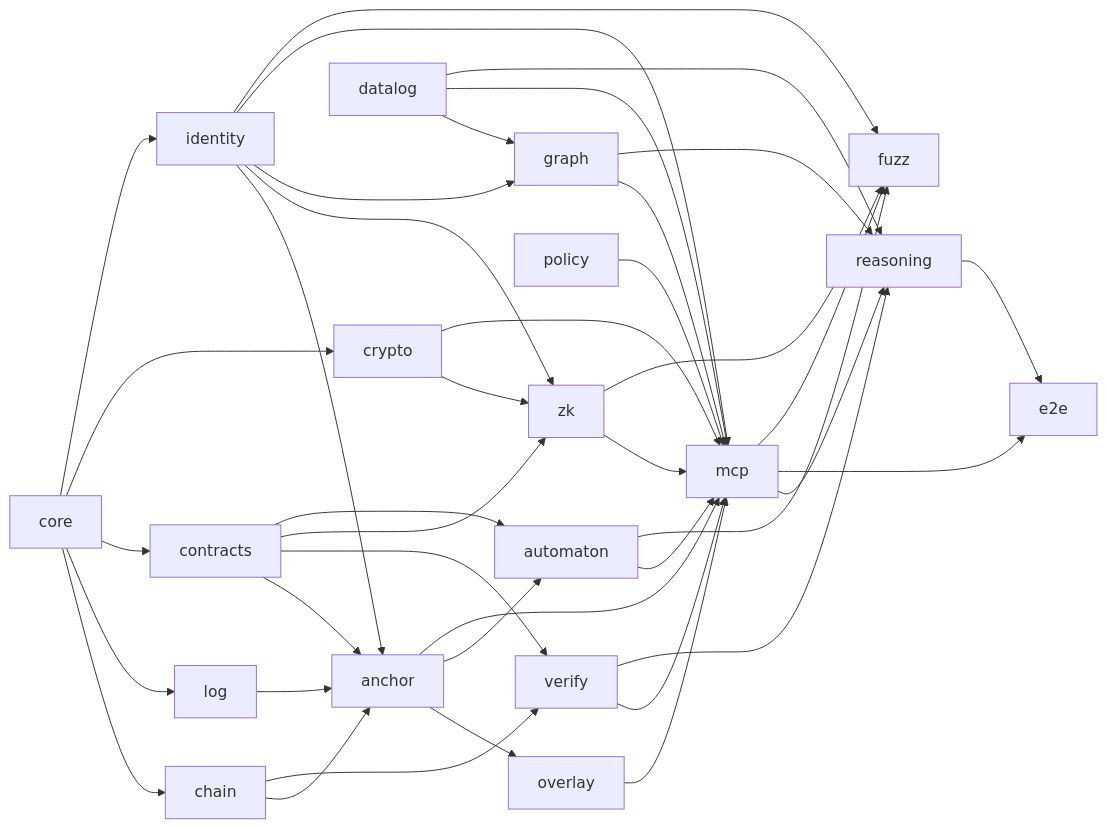
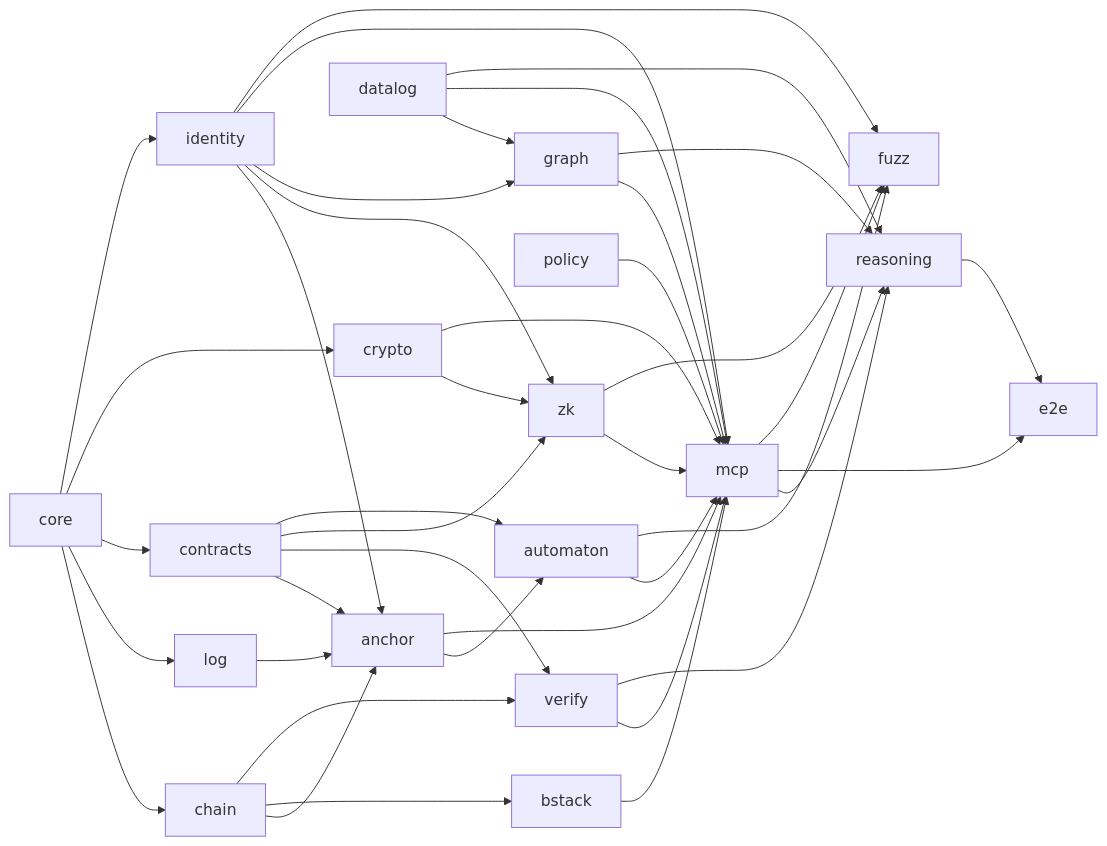
The second of 14 diagrams in docs/ARCHITECTURE.md (kryptokrates/nektar), drawn with Mermaid before and after one commit. The commit also changed other lines of this file and 1974 other files, not shown here.

````diff
--- a/docs/ARCHITECTURE.md
+++ b/docs/ARCHITECTURE.md
@@ -54,26 +54,26 @@
 ```mermaid
 flowchart LR
   core --> chain
   core --> log
   core --> contracts
   contracts --> anchor
   chain --> anchor
   log --> anchor
   identity --> anchor
-  anchor --> overlay
+  chain --> bstack
   contracts --> verify
   chain --> verify
   core --> crypto
   core --> identity
   crypto --> zk
   contracts --> zk
   identity --> zk
   datalog --> aorg["graph"]
   identity --> aorg
   contracts --> automaton
   anchor --> automaton
-  anchor & overlay & verify & crypto & identity & zk & aorg & datalog & policy & automaton --> mcp
+  anchor & bstack & verify & crypto & identity & zk & aorg & datalog & policy & automaton --> mcp
   mcp & aorg & verify & datalog --> reasoning
   mcp & reasoning --> e2e
   mcp & zk & automaton & identity --> fuzz
 ```
````
